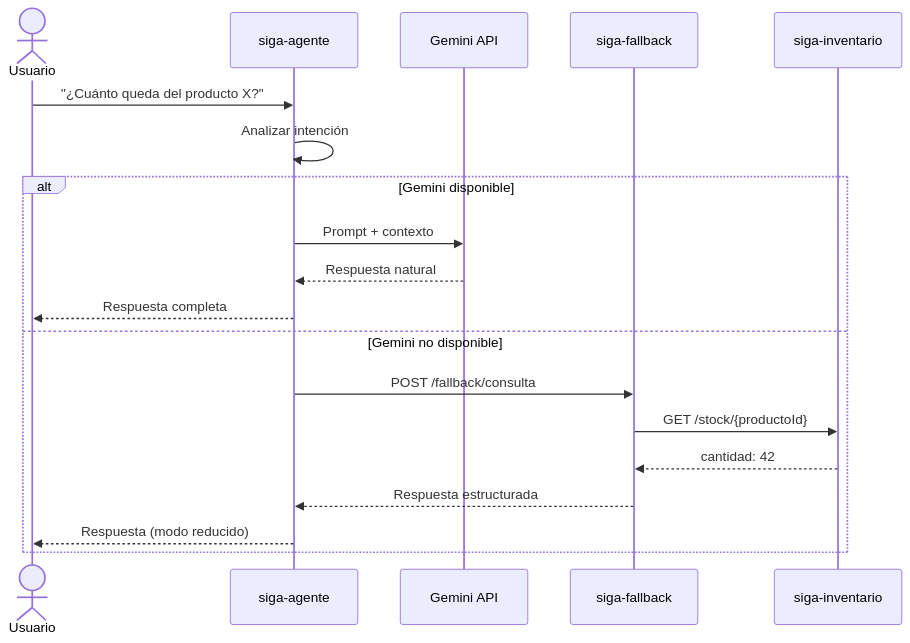
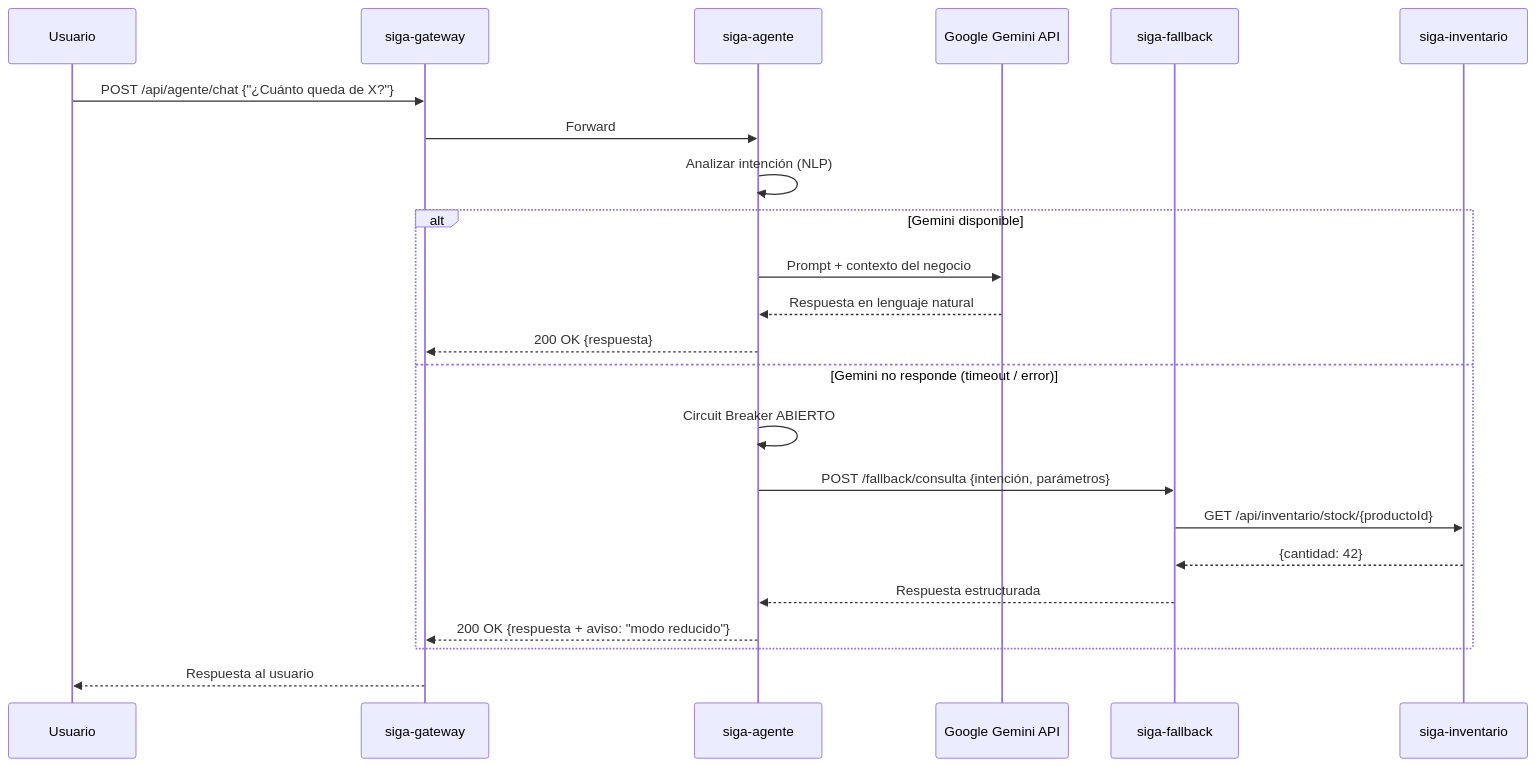
One commit to HecAguilaV/SIGA changed the fourth of 7 diagrams in openspec/changes/migracion-microservicios/architecture-diagrams.md. Above: the diagram before and after it, drawn with Mermaid. The commit also changed other lines of this file, not shown here.

Commit message:
docs: mejorar renderizado de diagramas Mermaid con ELK para líneas rectas

````diff
--- a/openspec/changes/migracion-microservicios/architecture-diagrams.md
+++ b/openspec/changes/migracion-microservicios/architecture-diagrams.md
@@ -165,23 +152,29 @@
 ```mermaid
 sequenceDiagram
-    actor U as Usuario
+    participant U as Usuario
+    participant GW as siga-gateway
     participant AG as siga-agente
-    participant GM as Gemini API
+    participant GM as Google Gemini API
     participant FB as siga-fallback
     participant IN as siga-inventario
 
-    U->>AG: "¿Cuánto queda del producto X?"
-    AG->>AG: Analizar intención
+    U->>GW: POST /api/agente/chat {"¿Cuánto queda de X?"}
+    GW->>AG: Forward
+
+    AG->>AG: Analizar intención (NLP)
 
     alt Gemini disponible
-        AG->>GM: Prompt + contexto
-        GM-->>AG: Respuesta natural
-        AG-->>U: Respuesta completa
-    else Gemini no disponible
-        AG->>FB: POST /fallback/consulta
-        FB->>IN: GET /stock/{productoId}
-        IN-->>FB: cantidad: 42
+        AG->>GM: Prompt + contexto del negocio
+        GM-->>AG: Respuesta en lenguaje natural
+        AG-->>GW: 200 OK {respuesta}
+    else Gemini no responde (timeout / error)
+        AG->>AG: Circuit Breaker ABIERTO
+        AG->>FB: POST /fallback/consulta {intención, parámetros}
+        FB->>IN: GET /api/inventario/stock/{productoId}
+        IN-->>FB: {cantidad: 42}
         FB-->>AG: Respuesta estructurada
-        AG-->>U: Respuesta (modo reducido)
+        AG-->>GW: 200 OK {respuesta + aviso: "modo reducido"}
     end
+
+    GW-->>U: Respuesta al usuario
 ```
````
